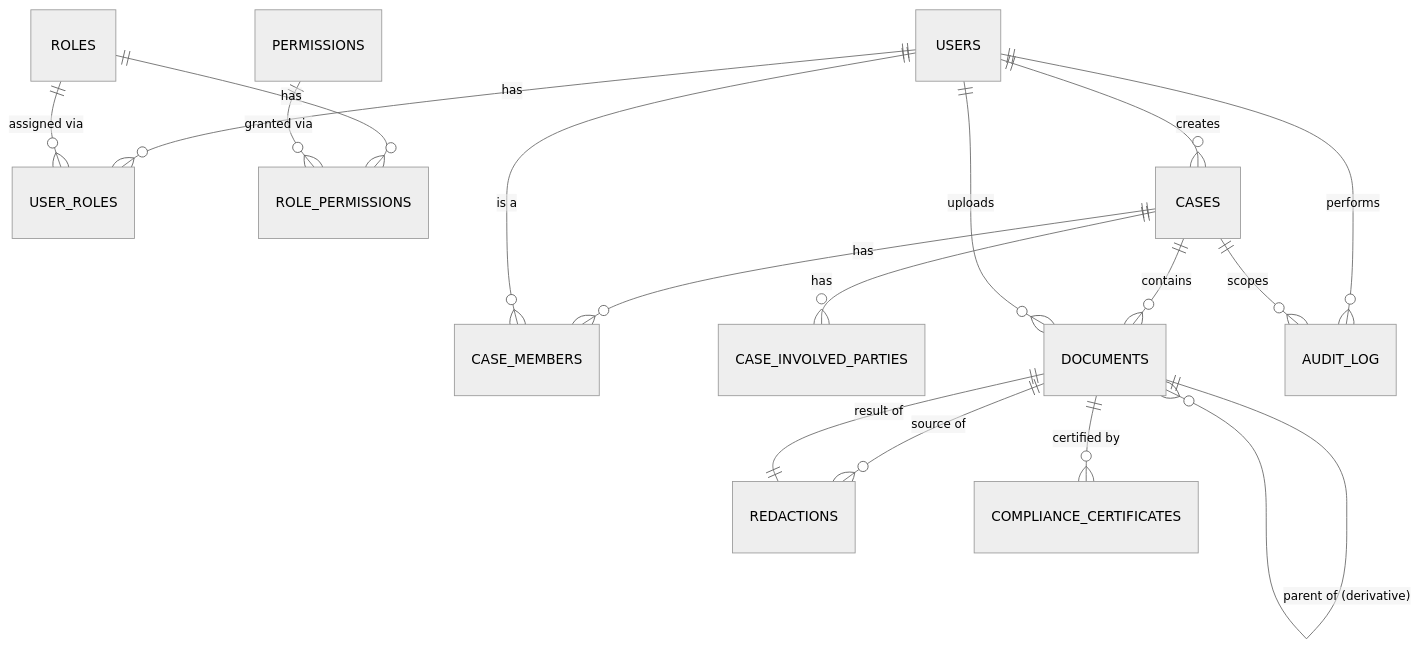
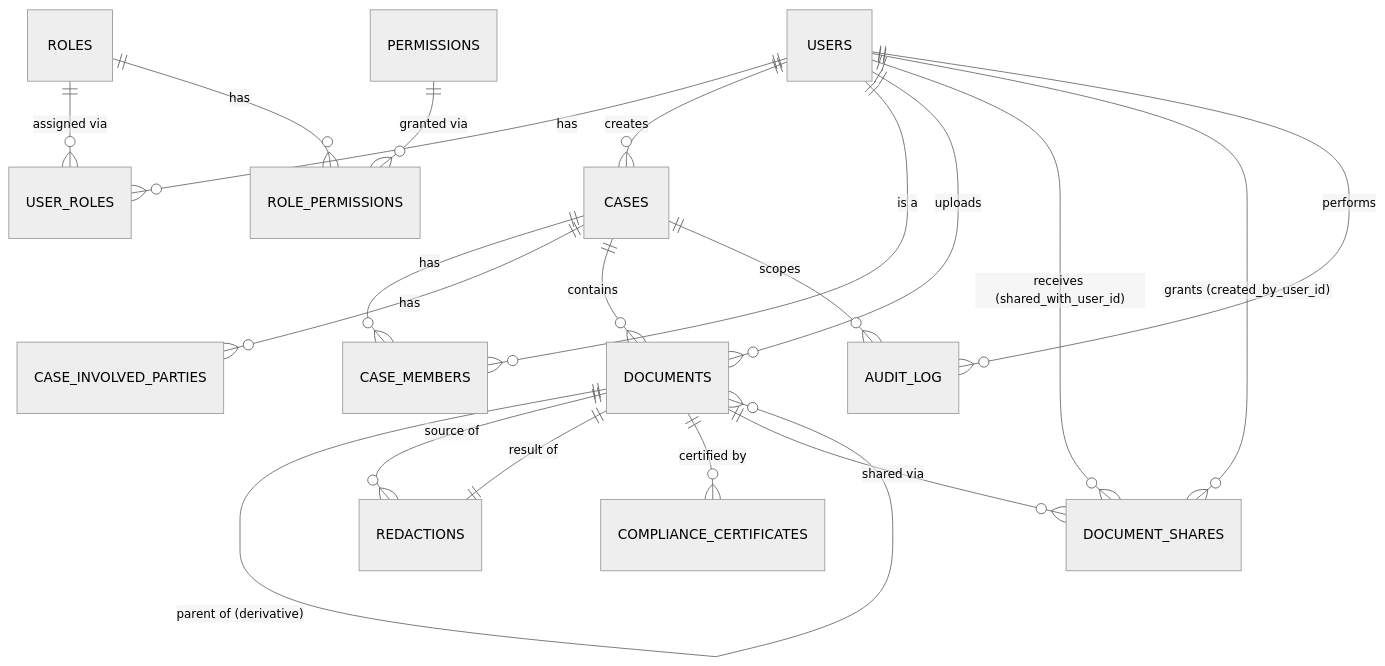
One commit to useless-crew/EVIDENTIA changed the diagram in docs/DATABASE_SCHEMA.md. Above: the diagram before and after it, drawn with Mermaid (neutral theme). The commit also changed other lines of this file and 44 other files, not shown here.

````diff
--- a/docs/DATABASE_SCHEMA.md
+++ b/docs/DATABASE_SCHEMA.md
@@ -40,22 +43,26 @@
 ```mermaid
 erDiagram
     USERS ||--o{ USER_ROLES : has
     ROLES ||--o{ USER_ROLES : "assigned via"
     ROLES ||--o{ ROLE_PERMISSIONS : has
     PERMISSIONS ||--o{ ROLE_PERMISSIONS : "granted via"
 
     USERS ||--o{ CASES : creates
     CASES ||--o{ CASE_MEMBERS : has
     USERS ||--o{ CASE_MEMBERS : "is a"
     CASES ||--o{ CASE_INVOLVED_PARTIES : has
     CASES ||--o{ DOCUMENTS : contains
     USERS ||--o{ DOCUMENTS : uploads
     DOCUMENTS ||--o{ DOCUMENTS : "parent of (derivative)"
 
     DOCUMENTS ||--o{ REDACTIONS : "source of"
     DOCUMENTS ||--|| REDACTIONS : "result of"
     DOCUMENTS ||--o{ COMPLIANCE_CERTIFICATES : "certified by"
 
+    DOCUMENTS ||--o{ DOCUMENT_SHARES : "shared via"
+    USERS ||--o{ DOCUMENT_SHARES : "receives (shared_with_user_id)"
+    USERS ||--o{ DOCUMENT_SHARES : "grants (created_by_user_id)"
+
     USERS ||--o{ AUDIT_LOG : performs
     CASES ||--o{ AUDIT_LOG : scopes
 ```
````
